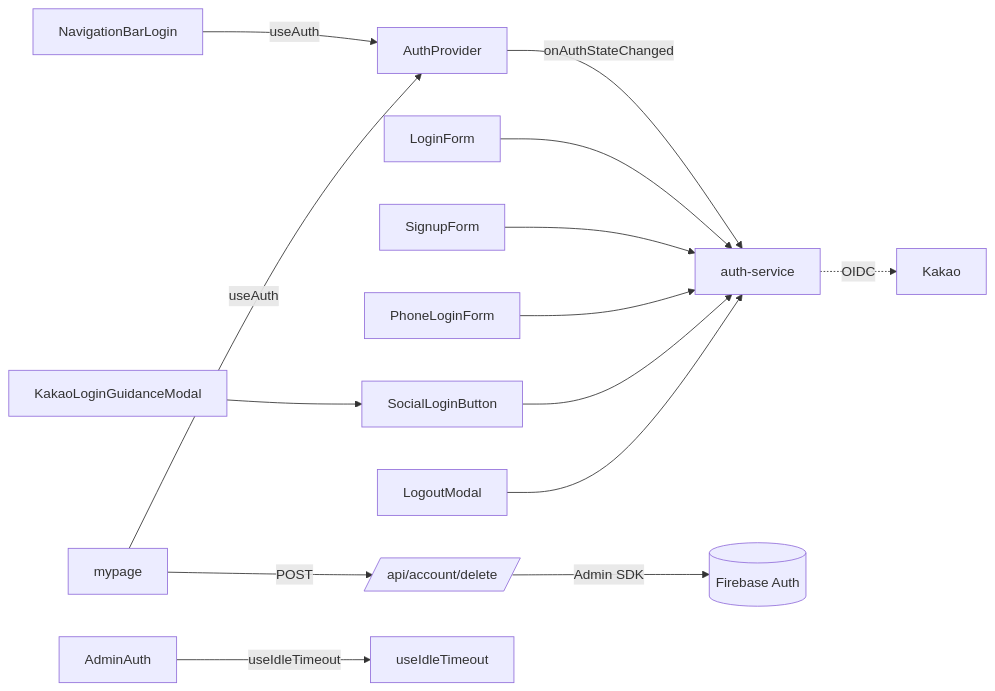
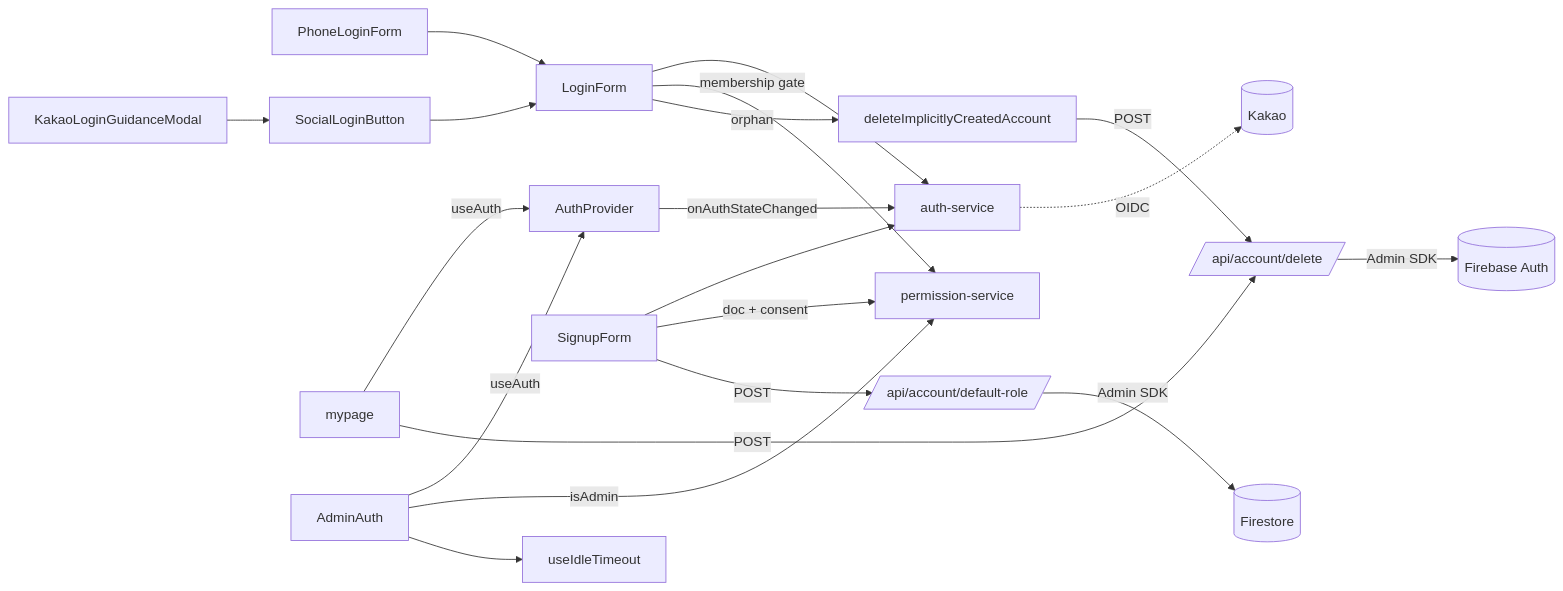
The third of 3 diagrams in docs/codebase/authentication.md (wwolfyy/mohocat), drawn with Mermaid before and after one commit. The commit also changed other lines of this file and 15 other files, not shown here.

First line of the commit message:
feat(auth): record signup consent, grant a default role, and stop logging PII

````diff
--- a/docs/codebase/authentication.md
+++ b/docs/codebase/authentication.md
@@ -76,16 +254,22 @@
 ```mermaid
 graph LR
     AuthProvider -->|onAuthStateChanged| AuthSvc[auth-service]
     LoginForm --> AuthSvc
+    LoginForm -->|membership gate| PermSvc[permission-service]
+    LoginForm -->|orphan| DelHelper[deleteImplicitlyCreatedAccount]
     SignupForm --> AuthSvc
-    PhoneLoginForm --> AuthSvc
-    SocialLoginButton --> AuthSvc
+    SignupForm -->|doc + consent| PermSvc
+    SignupForm -->|POST| RoleAPI[/api/account/default-role/]
+    PhoneLoginForm --> LoginForm
+    SocialLoginButton --> LoginForm
     KakaoModal[KakaoLoginGuidanceModal] --> SocialLoginButton
-    NavLogin[NavigationBarLogin] -->|useAuth| AuthProvider
-    LogoutModal --> AuthSvc
     MyPage[mypage] -->|useAuth| AuthProvider
     MyPage -->|POST| DeleteAPI[/api/account/delete/]
-    AdminAuth -->|useIdleTimeout| Idle[useIdleTimeout]
-    AuthSvc -.->|OIDC| Kakao[Kakao]
+    DelHelper -->|POST| DeleteAPI
+    AdminAuth -->|useAuth| AuthProvider
+    AdminAuth -->|isAdmin| PermSvc
+    AdminAuth --> Idle[useIdleTimeout]
+    AuthSvc -.->|OIDC| Kakao[(Kakao)]
+    RoleAPI -->|Admin SDK| FS[(Firestore)]
     DeleteAPI -->|Admin SDK| FBAuth[(Firebase Auth)]
 ```
````
